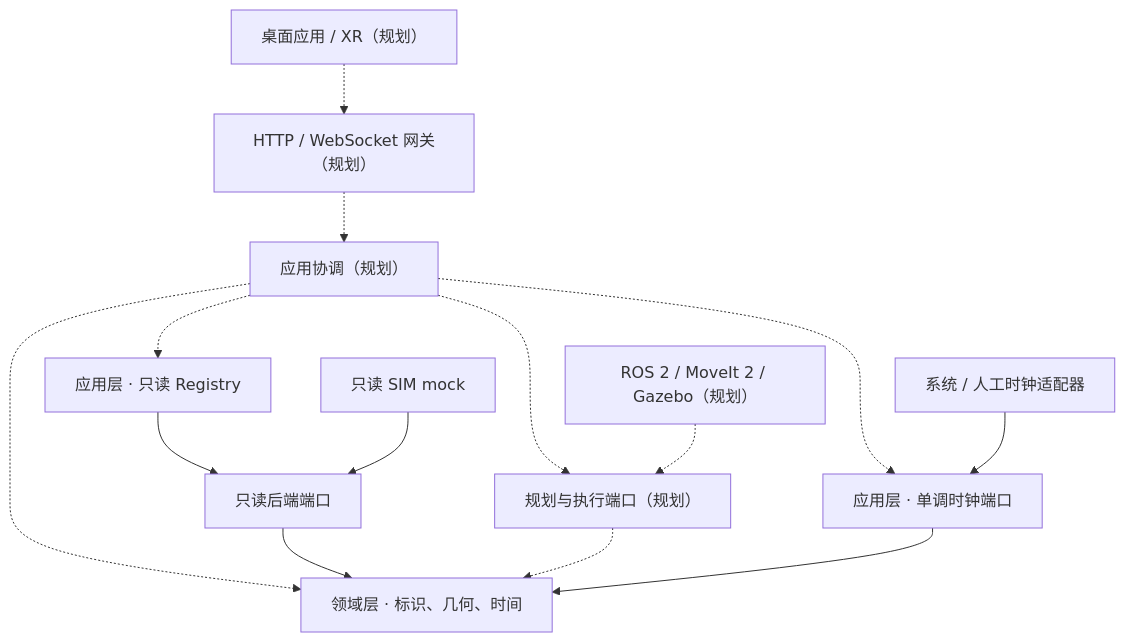
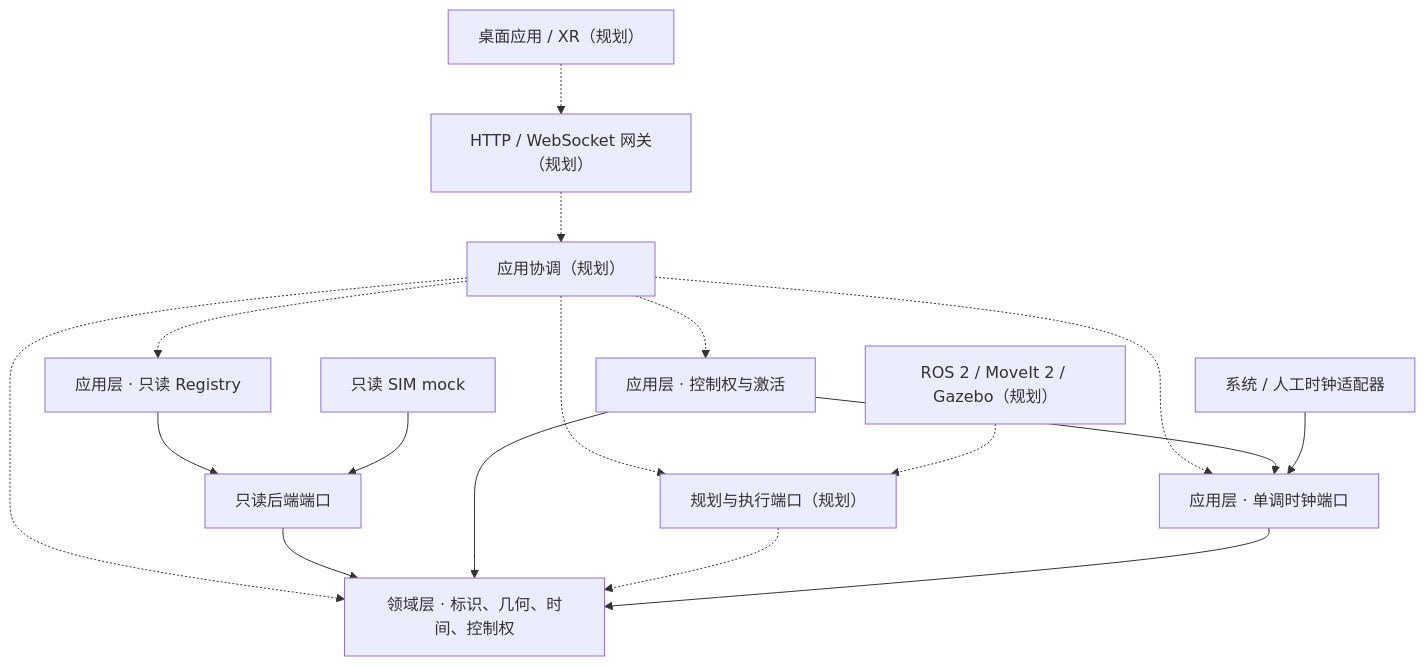
The diagram in README.md (UyNewNas/Bot3D), drawn with Mermaid before and after one commit. The commit also changed other lines of this file and 27 other files, not shown here.

````diff
--- a/README.md
+++ b/README.md
@@ -21,16 +21,19 @@
 ```mermaid
 flowchart TB
     Client["桌面应用 / XR（规划）"] -.-> Gateway["HTTP / WebSocket 网关（规划）"]
     Gateway -.-> Coordinator["应用协调（规划）"]
-    Coordinator -.-> Domain["领域层 · 标识、几何、时间"]
+    Coordinator -.-> Domain["领域层 · 标识、几何、时间、控制权"]
     Coordinator -.-> RobotPorts["规划与执行端口（规划）"]
     Coordinator -.-> Registry["应用层 · 只读 Registry"]
+    Coordinator -.-> Authority["应用层 · 控制权与激活"]
     Coordinator -.-> ClockPort["应用层 · 单调时钟端口"]
     Registry --> ReadPort["只读后端端口"]
     ReadMock["只读 SIM mock"] --> ReadPort
     ReadPort --> Domain
+    Authority --> Domain
+    Authority --> ClockPort
     RobotAdapters["ROS 2 / MoveIt 2 / Gazebo（规划）"] -.-> RobotPorts
     RobotPorts -.-> Domain
     ClockAdapters["系统 / 人工时钟适配器"] --> ClockPort
     ClockPort --> Domain
 ```
````
